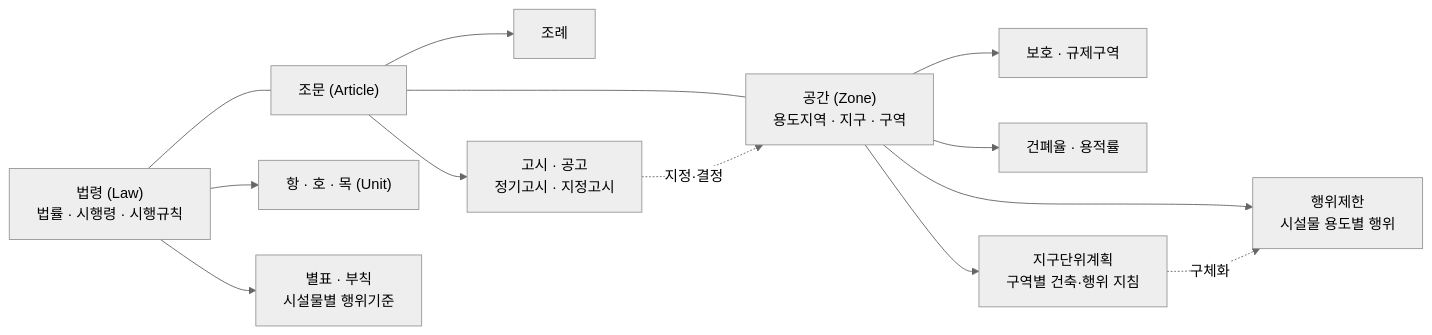
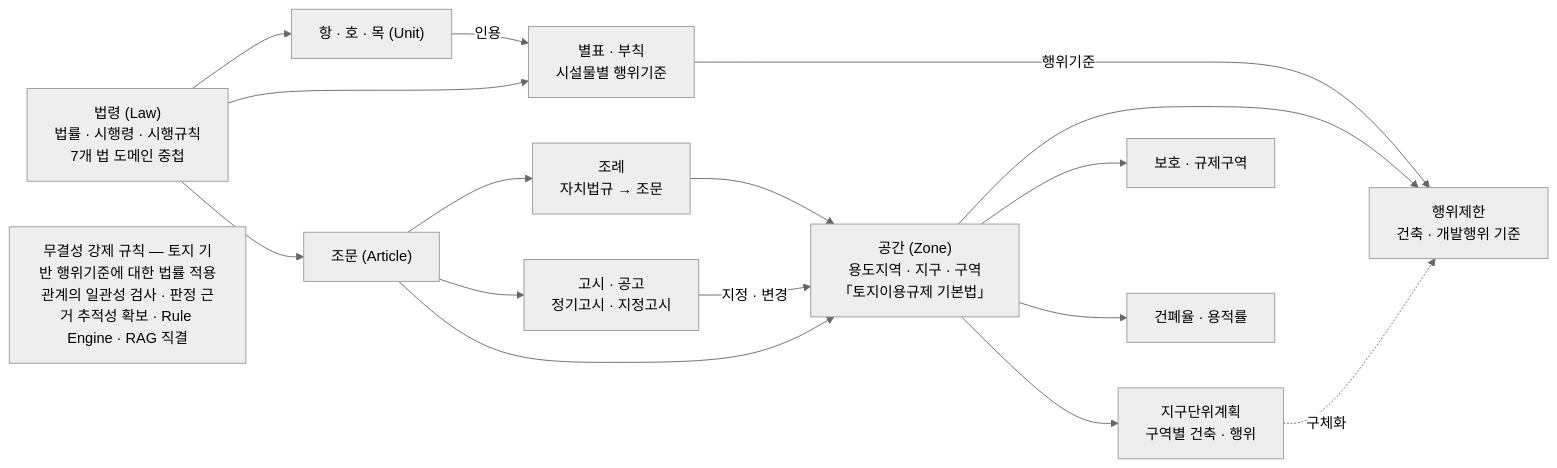
Before and after one commit to madlrengg100/permit-copilot: the third of 8 diagrams in docs/MCP-AGENT-SEQUENCE1.md, drawn with Mermaid (neutral theme). The commit also changed other lines of this file and 1 other file, not shown here.

````diff
--- a/docs/MCP-AGENT-SEQUENCE1.md
+++ b/docs/MCP-AGENT-SEQUENCE1.md
@@ -92,20 +133,32 @@
 ```mermaid
 flowchart LR
-    LAW["법령 (Law)<br/>법률 · 시행령 · 시행규칙"]
+    LAW["법령 (Law)<br/>법률 · 시행령 · 시행규칙<br/>7개 법 도메인 중첩"]
+    UNIT["항 · 호 · 목 (Unit)"]
+    ANNEX["별표 · 부칙<br/>시설물별 행위기준"]
     ART["조문 (Article)"]
-    ZONE["공간 (Zone)<br/>용도지역 · 지구 · 구역"]
+    ORD["조례<br/>자치법규 → 조문"]
+    NOTI["고시 · 공고<br/>정기고시 · 지정고시"]
+    ZONE["공간 (Zone)<br/>용도지역 · 지구 · 구역<br/>「토지이용규제 기본법」"]
+    ACT["행위제한<br/>건축 · 개발행위 기준"]
+    PROT["보호 · 규제구역"]
+    RATIO["건폐율 · 용적률"]
+    DUP["지구단위계획<br/>구역별 건축 · 행위"]
 
-    LAW --- ART
-    ART --- ZONE
+    LAW --> UNIT
+    LAW --> ANNEX
+    LAW --> ART
+    UNIT -->|인용| ANNEX
+    ANNEX -->|행위기준| ACT
+    ART --> ORD
+    ART --> NOTI
+    ART --> ZONE
+    ORD --> ZONE
+    NOTI -->|지정 · 변경| ZONE
+    ZONE --> ACT
+    ZONE --> PROT
+    ZONE --> RATIO
+    ZONE --> DUP
+    DUP -.->|구체화| ACT
 
-    LAW --> U1["항 · 호 · 목 (Unit)"]
-    LAW --> U2["별표 · 부칙<br/>시설물별 행위기준"]
-    ART --> ORD["조례"]
-    ART --> NOTI["고시 · 공고<br/>정기고시 · 지정고시"]
-    ZONE --> Z1["보호 · 규제구역"]
-    ZONE --> Z2["건폐율 · 용적률"]
-    ZONE --> Z3["행위제한<br/>시설물 용도별 행위"]
-    ZONE --> DUP["지구단위계획<br/>구역별 건축·행위 지침"]
-    NOTI -.->|지정·결정| ZONE
-    DUP -.->|구체화| Z3
+    INTEG["무결성 강제 규칙 — 토지 기반 행위기준에 대한 법률 적용관계의 일관성 검사 · 판정 근거 추적성 확보 · Rule Engine · RAG 직결"]
 ```
````
